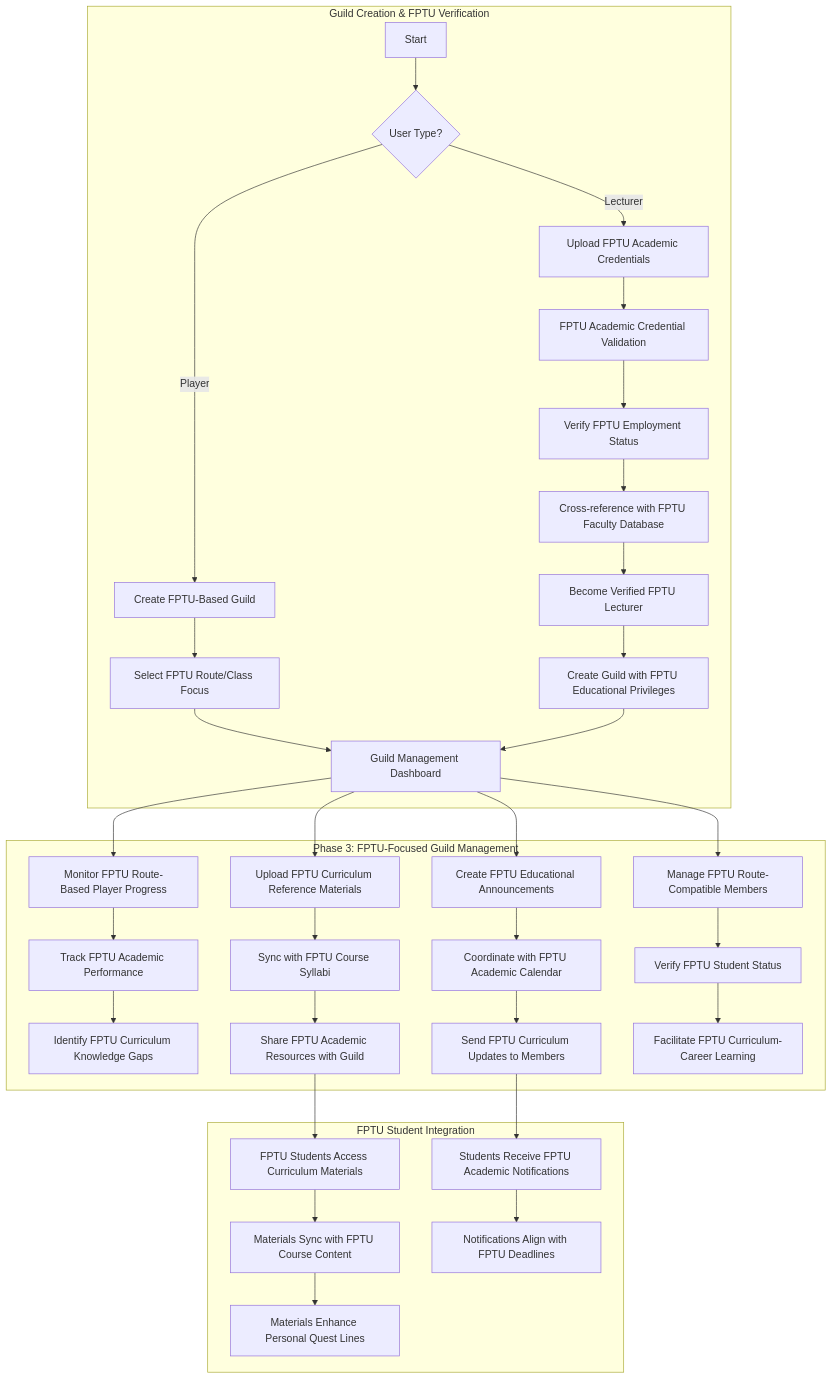
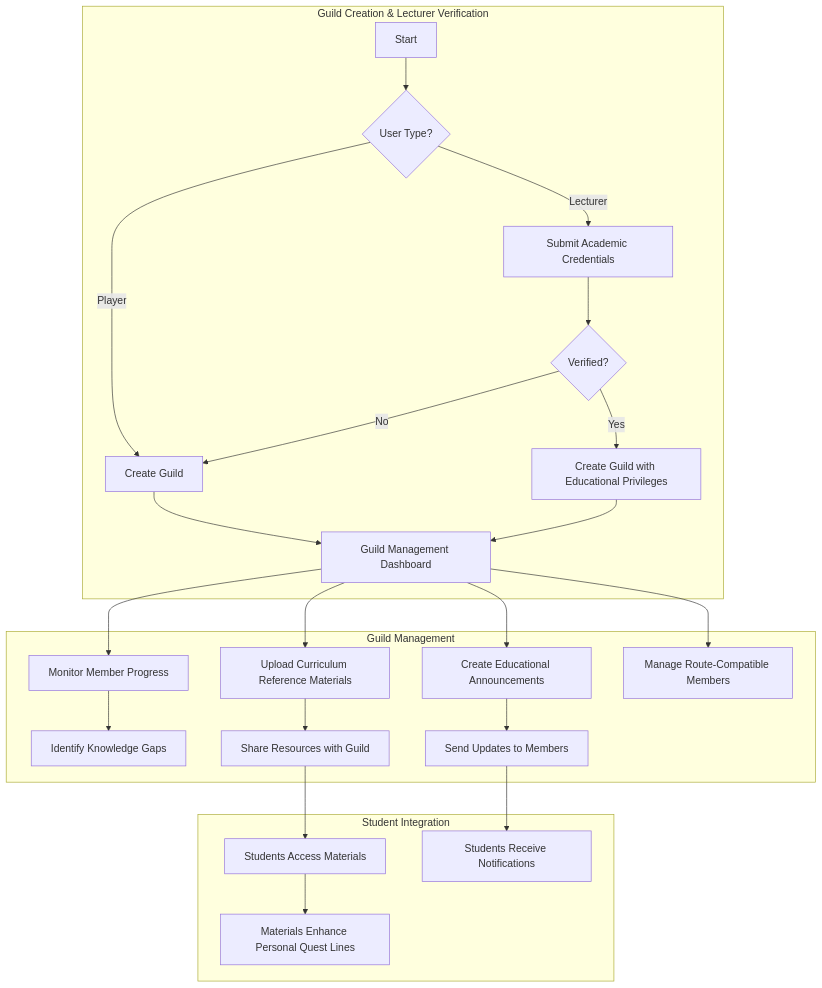
The second of 4 diagrams in docs/prd/user-flows.md (FA25SE050-RogueLearn/RogueLearn.BMAD.Documentation), drawn with Mermaid before and after one commit. The commit also changed other lines of this file and 13 other files, not shown here.

````diff
--- a/docs/prd/user-flows.md
+++ b/docs/prd/user-flows.md
@@ -121,39 +63,29 @@
 ```mermaid
 graph TD
-    subgraph "Guild Creation & FPTU Verification"
-        A[Start] --> B{User Type?};
-        B -- Player --> C[Create FPTU-Based Guild];
-        B -- Lecturer --> D[Upload FPTU Academic Credentials];
-        D --> E[FPTU Academic Credential Validation];
-        E --> E1[Verify FPTU Employment Status];
-        E1 --> E2[Cross-reference with FPTU Faculty Database];
-        E2 --> F[Become Verified FPTU Lecturer];
-        F --> G[Create Guild with FPTU Educational Privileges];
-        C --> C1[Select FPTU Route/Class Focus];
-        C1 --> H[Guild Management Dashboard];
-        G --> H;
+    subgraph "Guild Creation & Lecturer Verification"
+        A[Start] --> B{User Type?}
+        B -- Player --> C[Create Guild]
+        B -- Lecturer --> D[Submit Academic Credentials]
+        D --> E{Verified?}
+        E -- Yes --> F[Create Guild with Educational Privileges]
+        E -- No --> C
+        C --> H[Guild Management Dashboard]
+        F --> H
     end
 
-    subgraph "Phase 3: FPTU-Focused Guild Management"
-        H --> I[Monitor FPTU Route-Based Player Progress];
-        I --> I1[Track FPTU Academic Performance];
-        I1 --> J[Identify FPTU Curriculum Knowledge Gaps];
-        H --> K[Upload FPTU Curriculum Reference Materials];
-        K --> K1[Sync with FPTU Course Syllabi];
-        K1 --> L[Share FPTU Academic Resources with Guild];
-        H --> M[Create FPTU Educational Announcements];
-        M --> M1[Coordinate with FPTU Academic Calendar];
-        M1 --> N[Send FPTU Curriculum Updates to Members];
-        H --> O[Manage FPTU Route-Compatible Members];
-        O --> O1[Verify FPTU Student Status];
-        O1 --> P[Facilitate FPTU Curriculum-Career Learning];
+    subgraph "Guild Management"
+        H --> I[Monitor Member Progress]
+        I --> J[Identify Knowledge Gaps]
+        H --> K[Upload Curriculum Reference Materials]
+        K --> L[Share Resources with Guild]
+        H --> M[Create Educational Announcements]
+        M --> N[Send Updates to Members]
+        H --> O[Manage Route-Compatible Members]
     end
 
-    subgraph "FPTU Student Integration"
-        L --> Q[FPTU Students Access Curriculum Materials];
-        Q --> Q1[Materials Sync with FPTU Course Content];
-        Q1 --> R[Materials Enhance Personal Quest Lines];
-        N --> S[Students Receive FPTU Academic Notifications];
-        S --> S1[Notifications Align with FPTU Deadlines];
+    subgraph "Student Integration"
+        L --> Q[Students Access Materials]
+        Q --> R[Materials Enhance Personal Quest Lines]
+        N --> S[Students Receive Notifications]
     end
 ```
````
